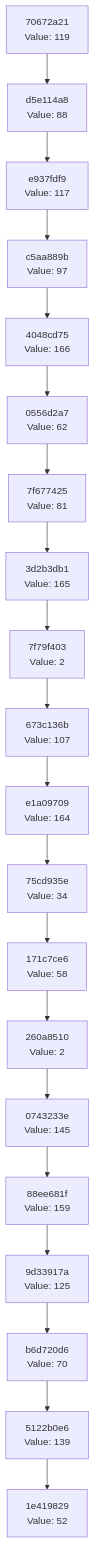
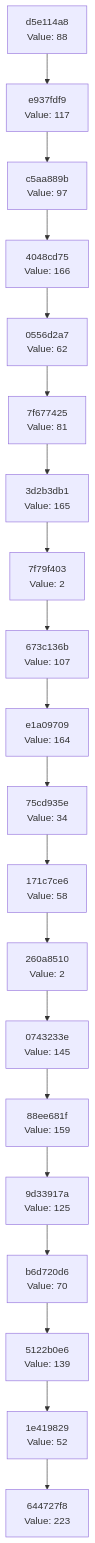
One commit to Abhisheksinha1506/hash-chain-evolver changed the diagram in docs/CHAIN_VISUALIZATION.md. Above: the diagram before and after it, drawn with Mermaid. The commit also changed 2 other files, not shown here.

Commit message:
Evolution step: hash 0xDF → action executed

````diff
--- a/docs/CHAIN_VISUALIZATION.md
+++ b/docs/CHAIN_VISUALIZATION.md
@@ -3,42 +3,42 @@
 ```mermaid
 graph TD
-    C0["1e419829<br/>Value: 52"]
-    C1["5122b0e6<br/>Value: 139"]
+    C0["644727f8<br/>Value: 223"]
+    C1["1e419829<br/>Value: 52"]
     C1 --> C0
-    C2["b6d720d6<br/>Value: 70"]
+    C2["5122b0e6<br/>Value: 139"]
     C2 --> C1
-    C3["9d33917a<br/>Value: 125"]
+    C3["b6d720d6<br/>Value: 70"]
     C3 --> C2
-    C4["88ee681f<br/>Value: 159"]
+    C4["9d33917a<br/>Value: 125"]
     C4 --> C3
-    C5["0743233e<br/>Value: 145"]
+    C5["88ee681f<br/>Value: 159"]
     C5 --> C4
-    C6["260a8510<br/>Value: 2"]
+    C6["0743233e<br/>Value: 145"]
     C6 --> C5
-    C7["171c7ce6<br/>Value: 58"]
+    C7["260a8510<br/>Value: 2"]
     C7 --> C6
-    C8["75cd935e<br/>Value: 34"]
+    C8["171c7ce6<br/>Value: 58"]
     C8 --> C7
-    C9["e1a09709<br/>Value: 164"]
+    C9["75cd935e<br/>Value: 34"]
     C9 --> C8
-    C10["673c136b<br/>Value: 107"]
+    C10["e1a09709<br/>Value: 164"]
     C10 --> C9
-    C11["7f79f403<br/>Value: 2"]
+    C11["673c136b<br/>Value: 107"]
     C11 --> C10
-    C12["3d2b3db1<br/>Value: 165"]
+    C12["7f79f403<br/>Value: 2"]
     C12 --> C11
-    C13["7f677425<br/>Value: 81"]
+    C13["3d2b3db1<br/>Value: 165"]
     C13 --> C12
-    C14["0556d2a7<br/>Value: 62"]
+    C14["7f677425<br/>Value: 81"]
     C14 --> C13
-    C15["4048cd75<br/>Value: 166"]
+    C15["0556d2a7<br/>Value: 62"]
     C15 --> C14
-    C16["c5aa889b<br/>Value: 97"]
+    C16["4048cd75<br/>Value: 166"]
     C16 --> C15
-    C17["e937fdf9<br/>Value: 117"]
+    C17["c5aa889b<br/>Value: 97"]
     C17 --> C16
-    C18["d5e114a8<br/>Value: 88"]
+    C18["e937fdf9<br/>Value: 117"]
     C18 --> C17
-    C19["70672a21<br/>Value: 119"]
+    C19["d5e114a8<br/>Value: 88"]
     C19 --> C18
 ```
````
